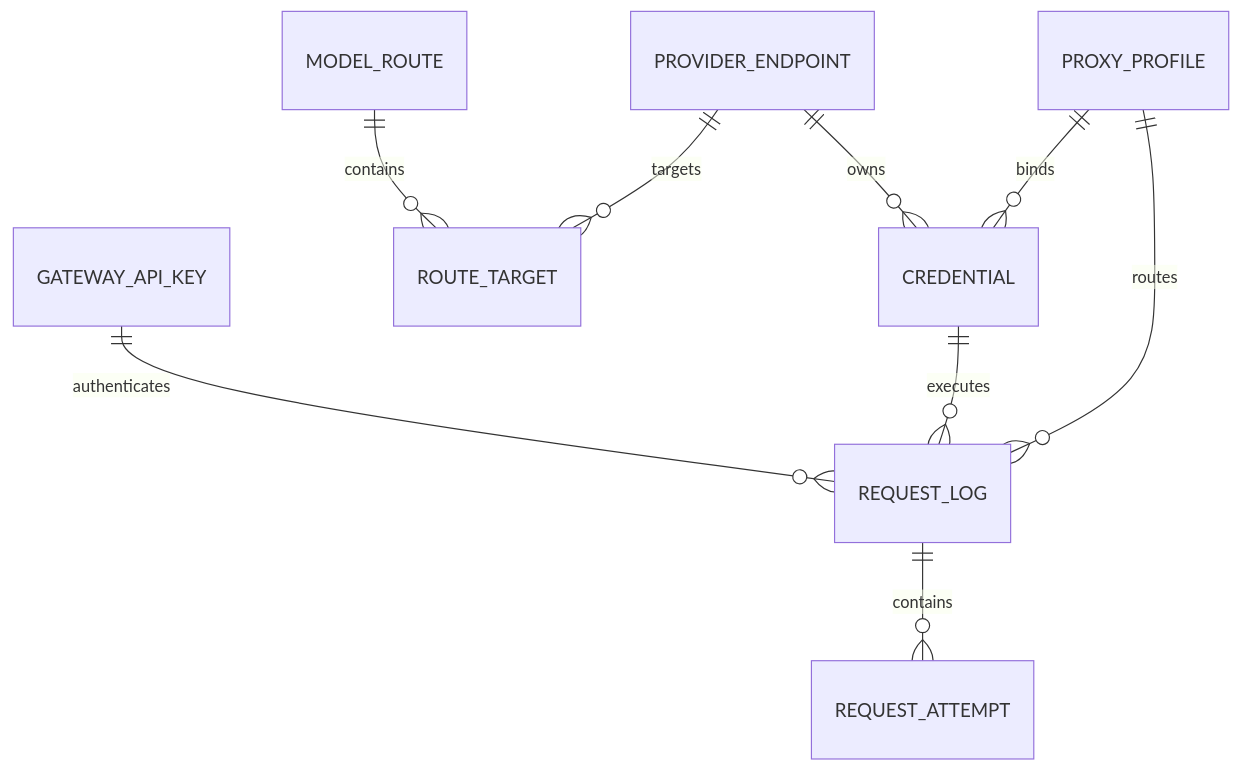
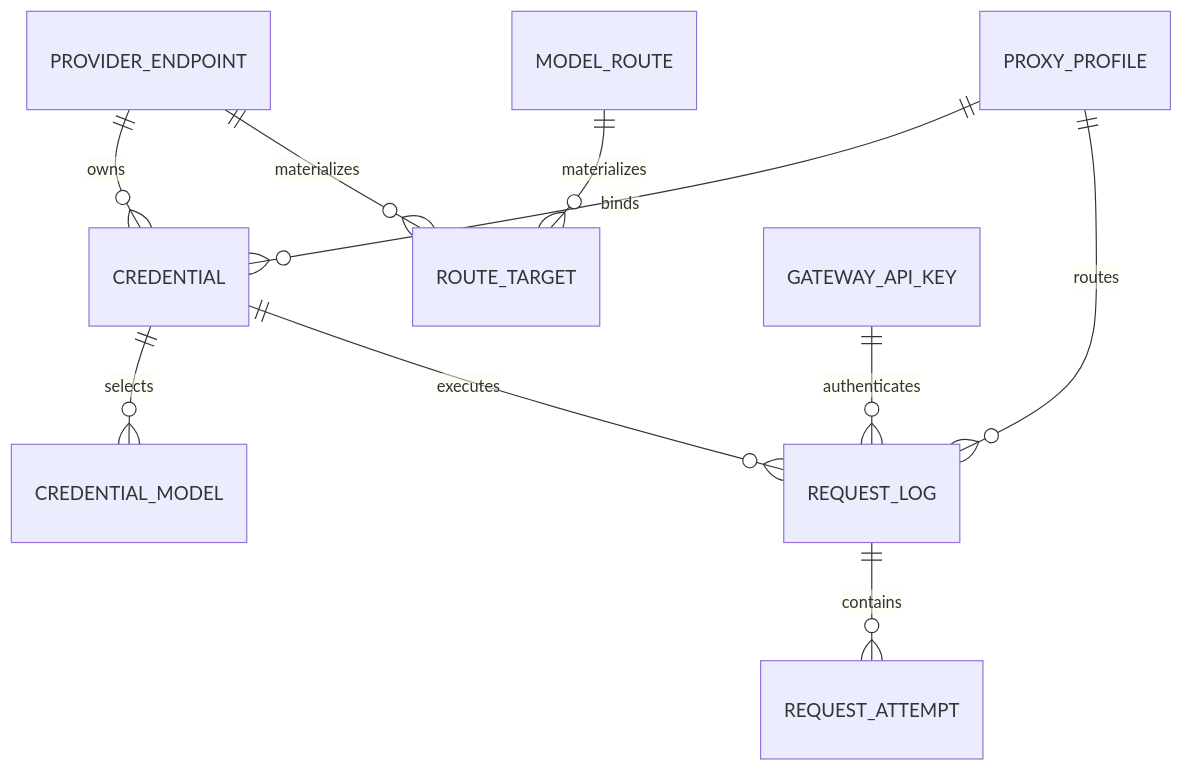
The second of 3 diagrams in ARCHITECTURE.md (xinvexo/any2api), drawn with Mermaid before and after one commit. The commit also changed other lines of this file and 94 other files, not shown here.

Commit message:
feat: discover and select models per provider credential

````diff
--- a/ARCHITECTURE.md
+++ b/ARCHITECTURE.md
@@ -793,11 +807,12 @@
 ```mermaid
 erDiagram
     PROVIDER_ENDPOINT ||--o{ CREDENTIAL : owns
     PROXY_PROFILE ||--o{ CREDENTIAL : binds
-    MODEL_ROUTE ||--o{ ROUTE_TARGET : contains
-    PROVIDER_ENDPOINT ||--o{ ROUTE_TARGET : targets
+    CREDENTIAL ||--o{ CREDENTIAL_MODEL : selects
+    MODEL_ROUTE ||--o{ ROUTE_TARGET : materializes
+    PROVIDER_ENDPOINT ||--o{ ROUTE_TARGET : materializes
     GATEWAY_API_KEY ||--o{ REQUEST_LOG : authenticates
     CREDENTIAL ||--o{ REQUEST_LOG : executes
     REQUEST_LOG ||--o{ REQUEST_ATTEMPT : contains
     PROXY_PROFILE ||--o{ REQUEST_LOG : routes
 ```
````
